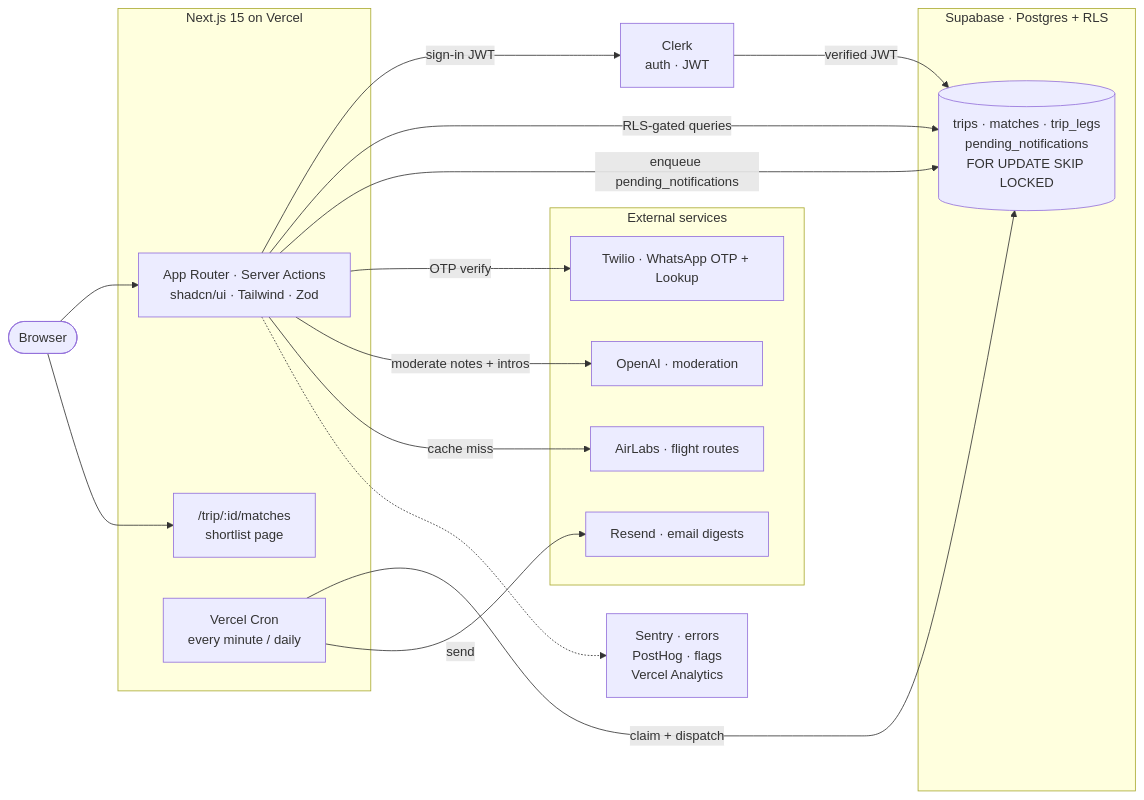
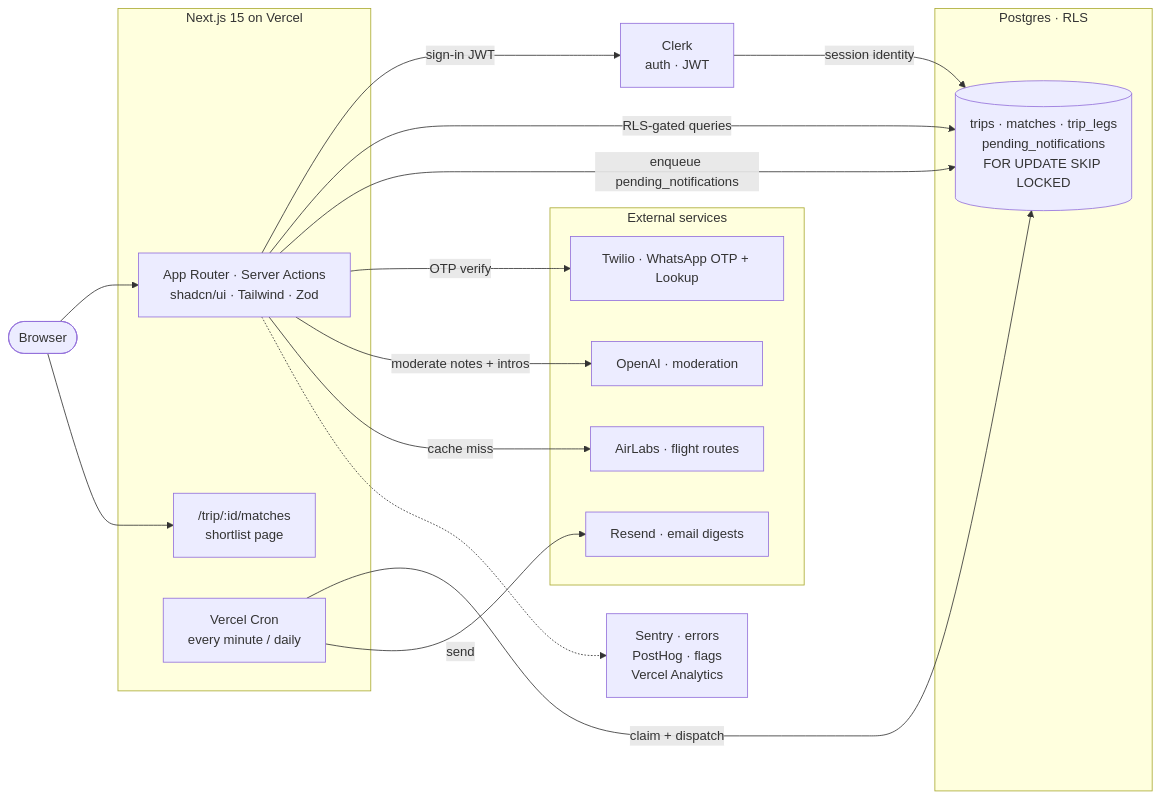
One commit to raahulrahl/saathi changed the second of 2 diagrams in README.md. Above: the diagram before and after it, drawn with Mermaid. The commit also changed other lines of this file and 52 other files, not shown here.

````diff
--- a/README.md
+++ b/README.md
@@ -113,38 +113,38 @@
 ```mermaid
 graph LR
     Browser([Browser])
 
     subgraph Vercel["Next.js 15 on Vercel"]
         App[App Router · Server Actions<br/>shadcn/ui · Tailwind · Zod]
         Matches["/trip/:id/matches<br/>shortlist page"]
         Cron[Vercel Cron<br/>every minute / daily]
     end
 
-    subgraph Supabase["Supabase · Postgres + RLS"]
+    subgraph Postgres["Postgres · RLS"]
         DB[(trips · matches · trip_legs<br/>pending_notifications<br/>FOR UPDATE SKIP LOCKED)]
     end
 
     Clerk[Clerk<br/>auth · JWT]
 
     subgraph External["External services"]
         Resend[Resend · email digests]
         Twilio[Twilio · WhatsApp OTP + Lookup]
         AirLabs[AirLabs · flight routes]
         OpenAI[OpenAI · moderation]
     end
 
     Observability[Sentry · errors<br/>PostHog · flags<br/>Vercel Analytics]
 
     Browser --> App
     Browser --> Matches
     App -->|sign-in JWT| Clerk
-    Clerk -->|verified JWT| DB
+    Clerk -->|session identity| DB
     App -->|RLS-gated queries| DB
     App -->|enqueue pending_notifications| DB
     App -->|OTP verify| Twilio
     App -->|moderate notes + intros| OpenAI
     App -->|cache miss| AirLabs
     Cron -->|claim + dispatch| DB
     Cron -->|send| Resend
     App -.-> Observability
 ```
````
